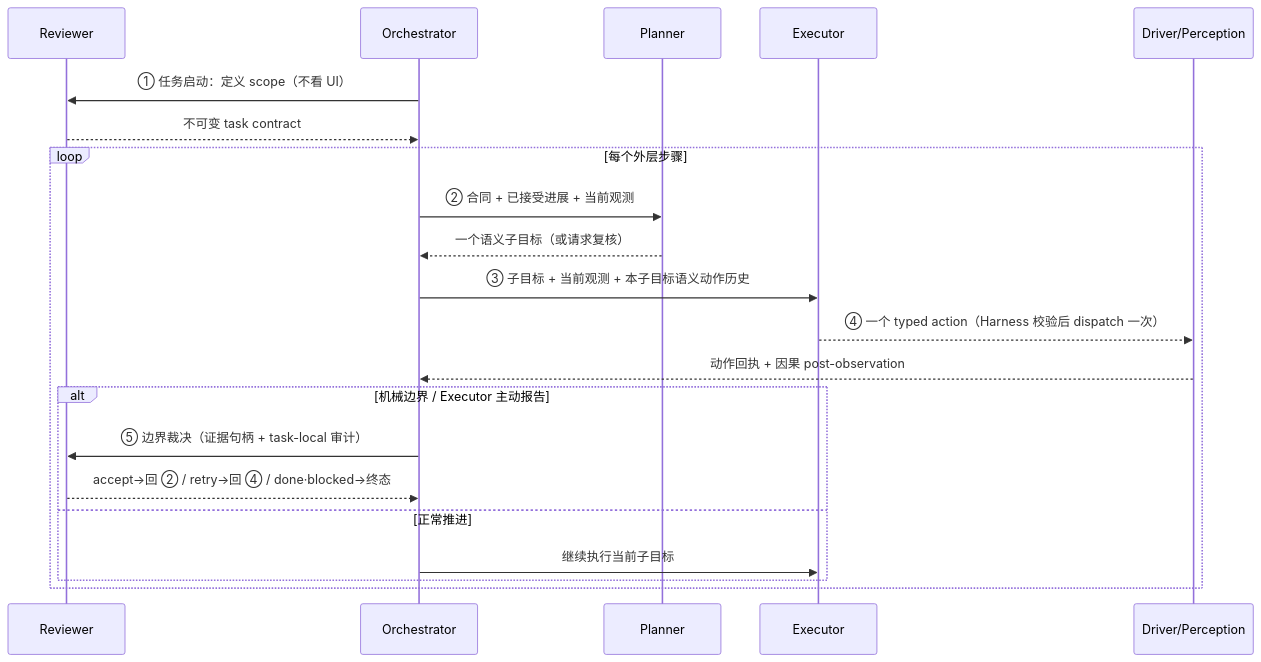
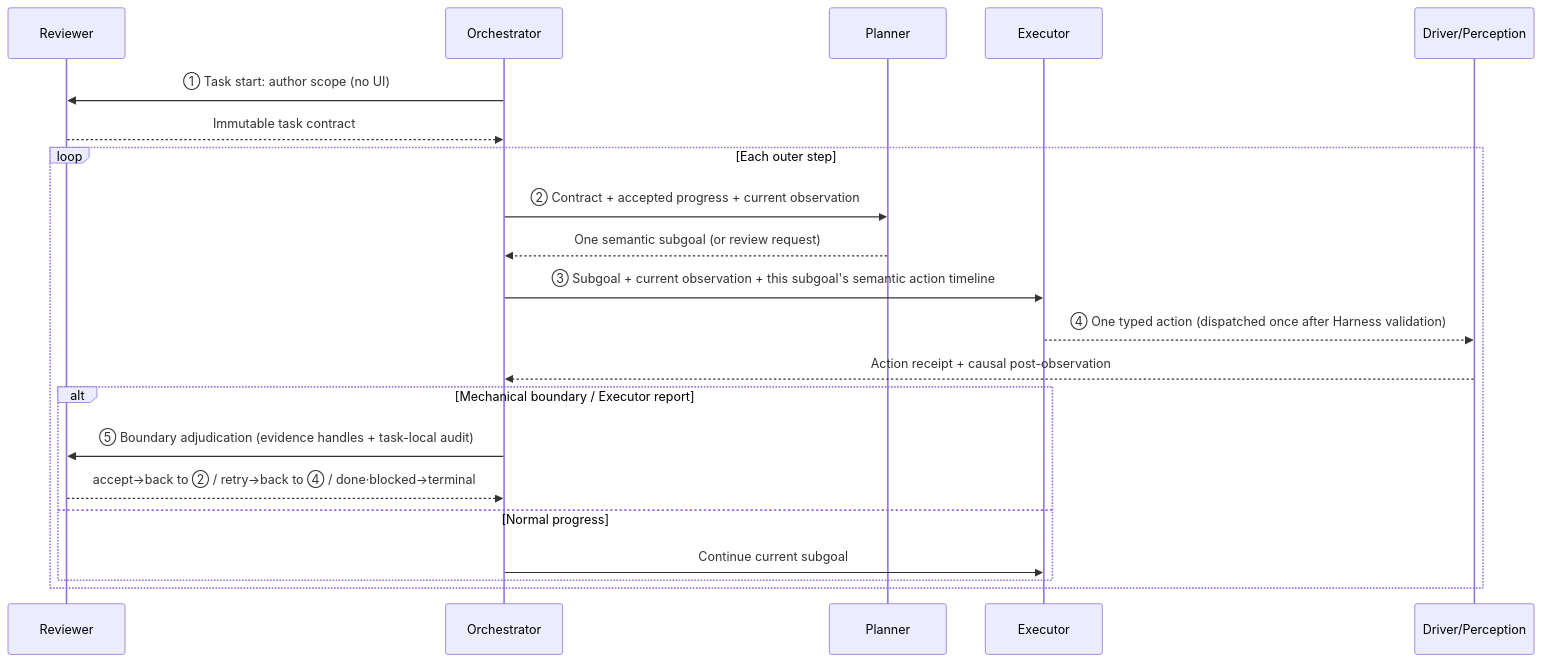
Before and after one commit to LordRosenberg/ClickClick: the second of 5 diagrams in README.md, drawn with Mermaid. The commit also changed other lines of this file and 55 other files, not shown here.

````diff
--- a/README.md
+++ b/README.md
@@ -80,24 +86,24 @@
 ```mermaid
 sequenceDiagram
   participant R as Reviewer
   participant O as Orchestrator
   participant P as Planner
   participant E as Executor
   participant D as Driver/Perception
 
-  O->>R: ① 任务启动：定义 scope（不看 UI）
-  R-->>O: 不可变 task contract
-  loop 每个外层步骤
-    O->>P: ② 合同 + 已接受进展 + 当前观测
-    P-->>O: 一个语义子目标（或请求复核）
-    O->>E: ③ 子目标 + 当前观测 + 本子目标语义动作历史
-    E-->>D: ④ 一个 typed action（Harness 校验后 dispatch 一次）
-    D-->>O: 动作回执 + 因果 post-observation
-    alt 机械边界 / Executor 主动报告
-      O->>R: ⑤ 边界裁决（证据句柄 + task-local 审计）
-      R-->>O: accept→回 ② / retry→回 ④ / done·blocked→终态
-    else 正常推进
-      O->>E: 继续执行当前子目标
+  O->>R: ① Task start: author scope (no UI)
+  R-->>O: Immutable task contract
+  loop Each outer step
+    O->>P: ② Contract + accepted progress + current observation
+    P-->>O: One semantic subgoal (or review request)
+    O->>E: ③ Subgoal + current observation + this subgoal's semantic action timeline
+    E-->>D: ④ One typed action (dispatched once after Harness validation)
+    D-->>O: Action receipt + causal post-observation
+    alt Mechanical boundary / Executor report
+      O->>R: ⑤ Boundary adjudication (evidence handles + task-local audit)
+      R-->>O: accept→back to ② / retry→back to ④ / done·blocked→terminal
+    else Normal progress
+      O->>E: Continue current subgoal
     end
   end
 ```
````
